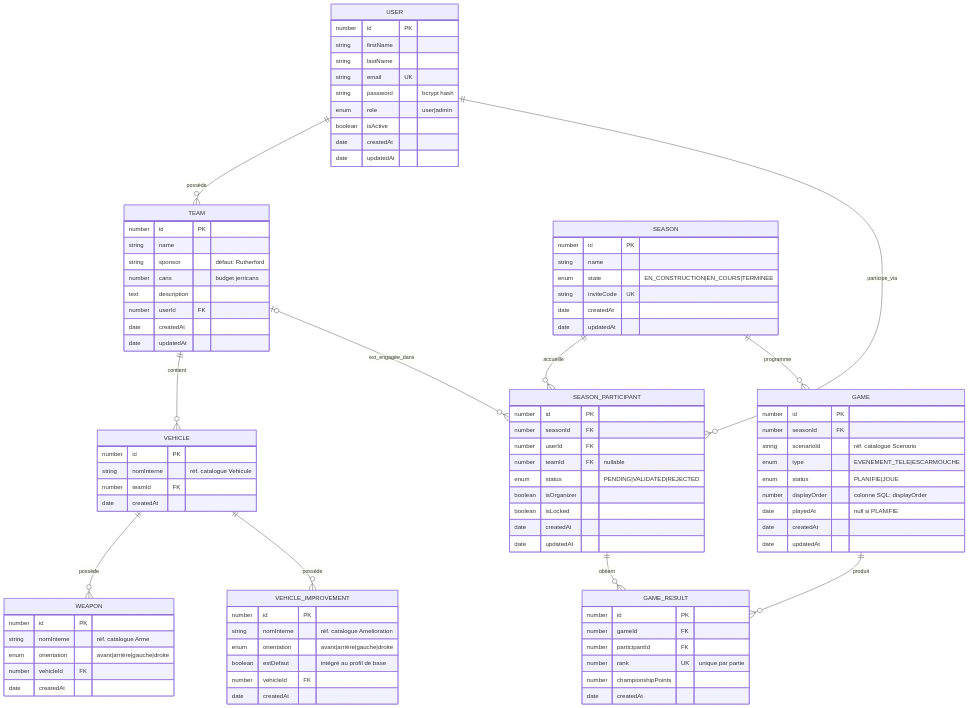
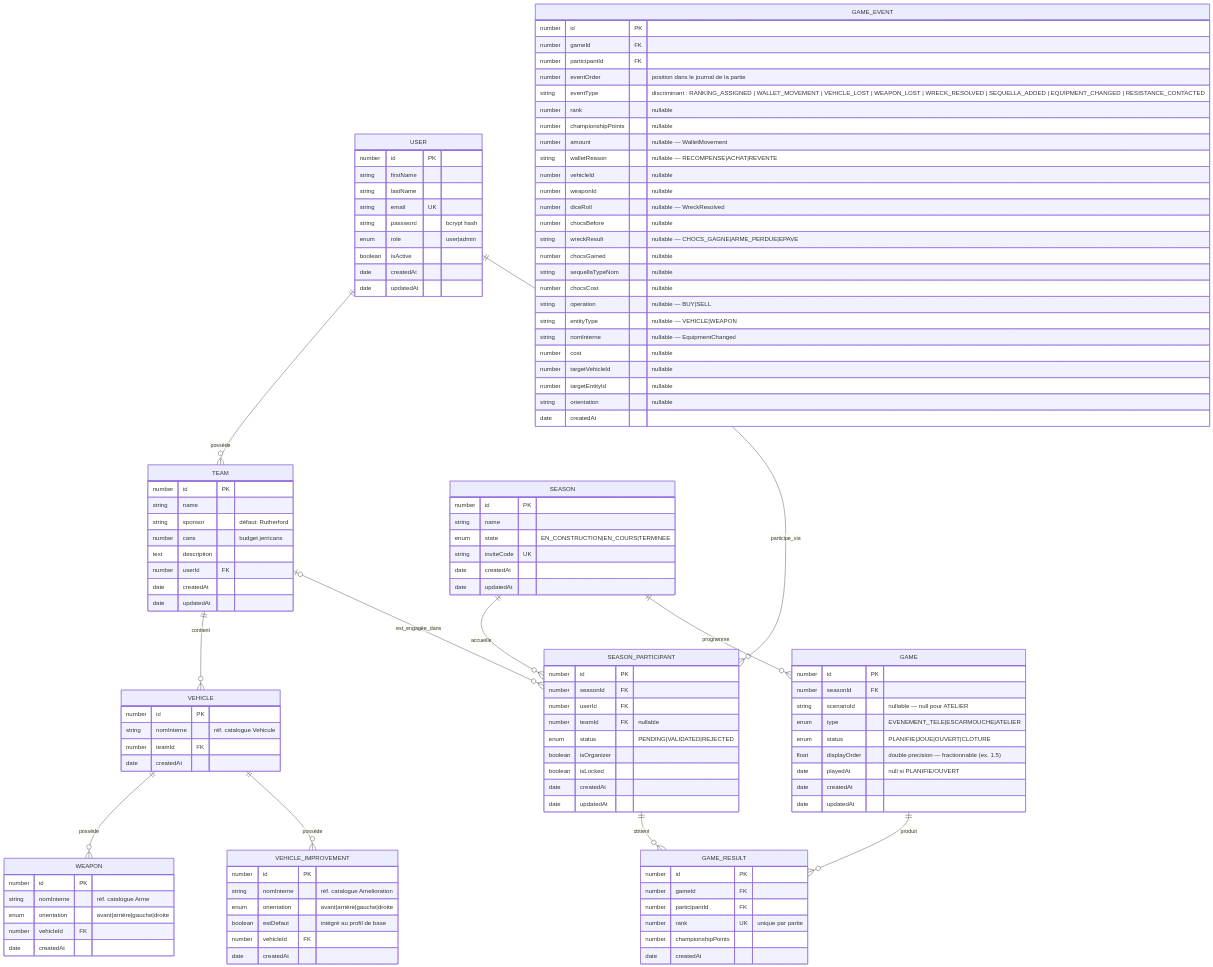
One commit to arnaudbracchetti/gaslands-manager changed the third of 4 diagrams in docs/DOMAIN_MODEL.md. Above: the diagram before and after it, drawn with Mermaid. The commit also changed other lines of this file and 208 other files, not shown here.

````diff
--- a/docs/DOMAIN_MODEL.md
+++ b/docs/DOMAIN_MODEL.md
@@ -329,11 +329,11 @@
     GAME {
         number id PK
         number seasonId FK
-        string scenarioId "réf. catalogue Scenario"
-        enum type "EVENEMENT_TELE|ESCARMOUCHE"
-        enum status "PLANIFIE|JOUE"
-        number displayOrder "colonne SQL: displayOrder"
-        date playedAt "null si PLANIFIE"
+        string scenarioId "nullable — null pour ATELIER"
+        enum type "EVENEMENT_TELE|ESCARMOUCHE|ATELIER"
+        enum status "PLANIFIE|JOUE|OUVERT|CLOTURE"
+        float displayOrder "double precision — fractionnable (ex. 1.5)"
+        date playedAt "null si PLANIFIE/OUVERT"
         date createdAt
         date updatedAt
     }
@@ -346,4 +346,32 @@
         number championshipPoints
         date createdAt
     }
+
+    GAME_EVENT {
+        number id PK
+        number gameId FK
+        number participantId FK
+        number eventOrder "position dans le journal de la partie"
+        string eventType "discriminant : RANKING_ASSIGNED | WALLET_MOVEMENT | VEHICLE_LOST | WEAPON_LOST | WRECK_RESOLVED | SEQUELLA_ADDED | EQUIPMENT_CHANGED | RESISTANCE_CONTACTED"
+        number rank "nullable"
+        number championshipPoints "nullable"
+        number amount "nullable — WalletMovement"
+        string walletReason "nullable — RECOMPENSE|ACHAT|REVENTE"
+        number vehicleId "nullable"
+        number weaponId "nullable"
+        number diceRoll "nullable — WreckResolved"
+        number chocsBefore "nullable"
+        string wreckResult "nullable — CHOCS_GAGNE|ARME_PERDUE|EPAVE"
+        number chocsGained "nullable"
+        string sequellaTypeNom "nullable"
+        number chocsCost "nullable"
+        string operation "nullable — BUY|SELL"
+        string entityType "nullable — VEHICLE|WEAPON"
+        string nomInterne "nullable — EquipmentChanged"
+        number cost "nullable"
+        number targetVehicleId "nullable"
+        number targetEntityId "nullable"
+        string orientation "nullable"
+        date createdAt
+    }
 ```
````
